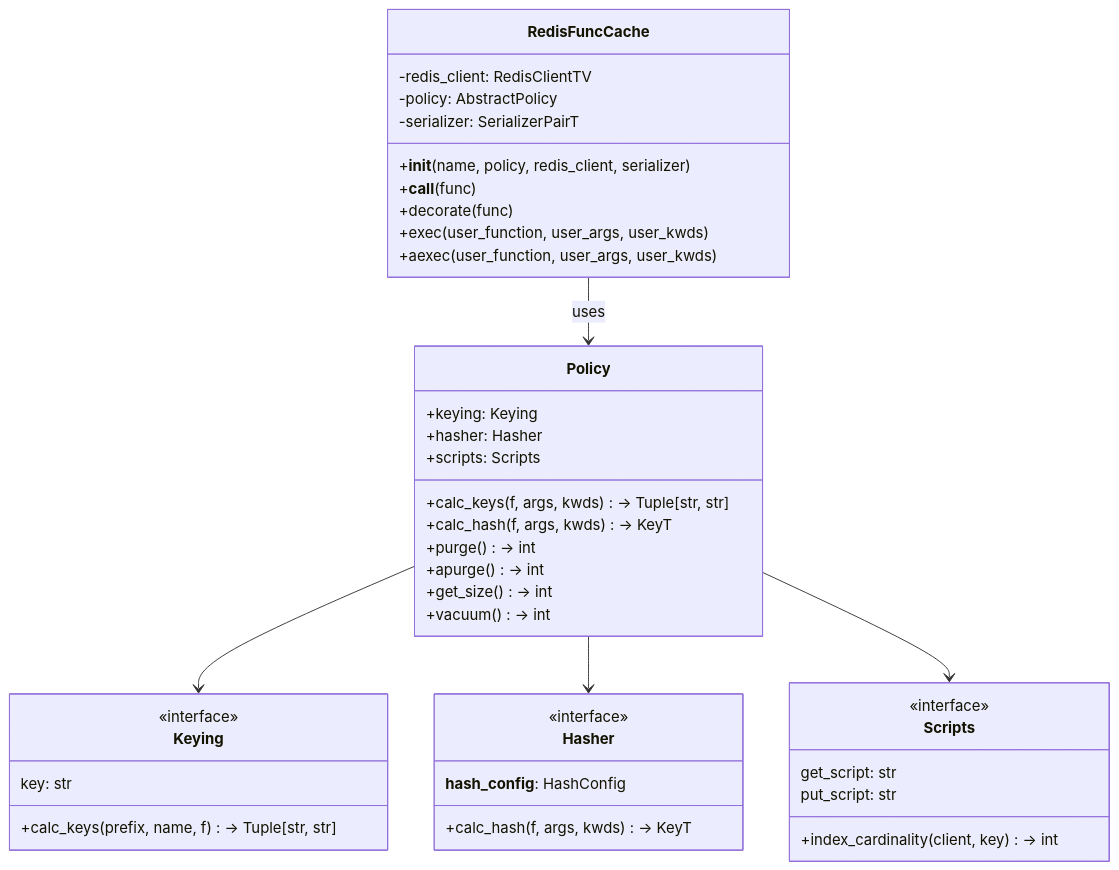
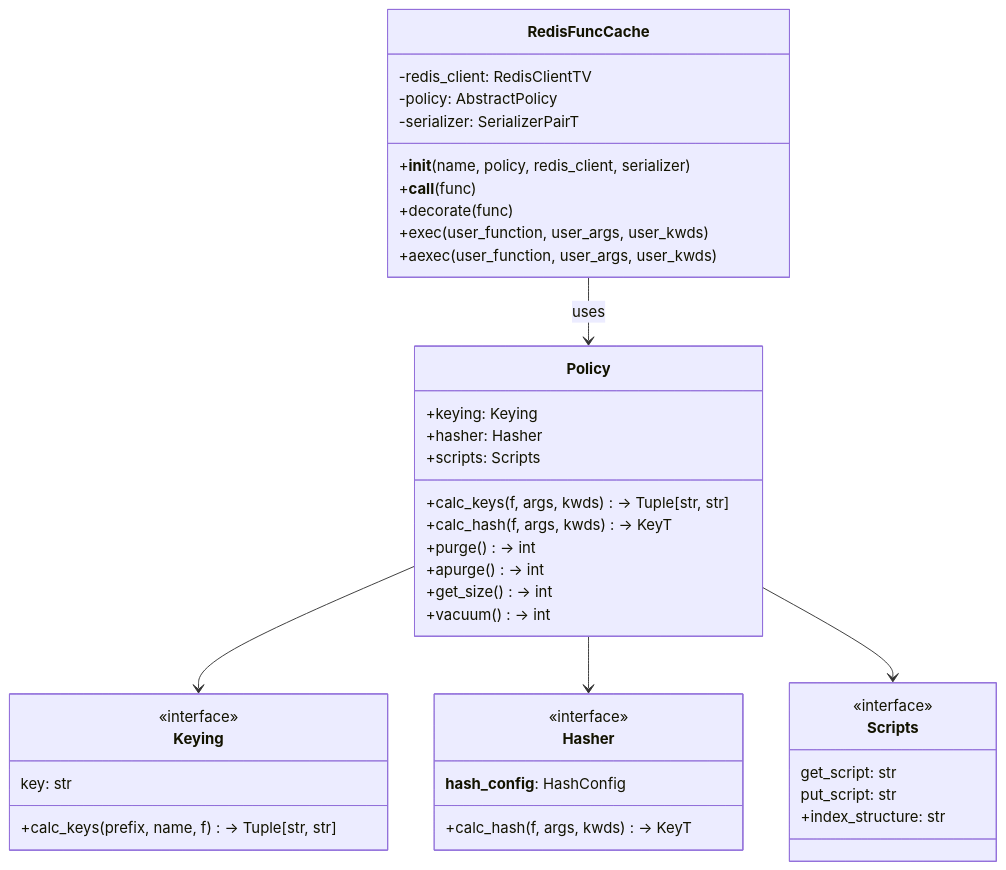
Before and after one commit to tanbro/redis_func_cache: the third of 7 diagrams in README.md, drawn with Mermaid. The commit also changed 6 other files, not shown here.

````diff
--- a/README.md
+++ b/README.md
@@ -416,49 +416,49 @@
 ```mermaid
 classDiagram
     class RedisFuncCache {
         -redis_client: RedisClientTV
         -policy: AbstractPolicy
         -serializer: SerializerPairT
         +__init__(name, policy, redis_client, serializer)
         +__call__(func)
         +decorate(func)
         +exec(user_function, user_args, user_kwds)
         +aexec(user_function, user_args, user_kwds)
     }
 
     class Policy {
         +keying: Keying
         +hasher: Hasher
         +scripts: Scripts
         +calc_keys(f, args, kwds) -> Tuple[str, str]
         +calc_hash(f, args, kwds) -> KeyT
         +purge() -> int
         +apurge() -> int
         +get_size() -> int
         +vacuum() -> int
     }
 
     class Keying {
         <<interface>>
         key: str
         +calc_keys(prefix, name, f) -> Tuple[str, str]
     }
 
     class Hasher {
         <<interface>>
         __hash_config__: HashConfig
         +calc_hash(f, args, kwds) -> KeyT
     }
 
     class Scripts {
         <<interface>>
         get_script: str
         put_script: str
-        +index_cardinality(client, key) -> int
+        +index_structure: str
     }
 
     RedisFuncCache --> Policy : uses
     Policy --> Keying
     Policy --> Hasher
     Policy --> Scripts
 ```
````
